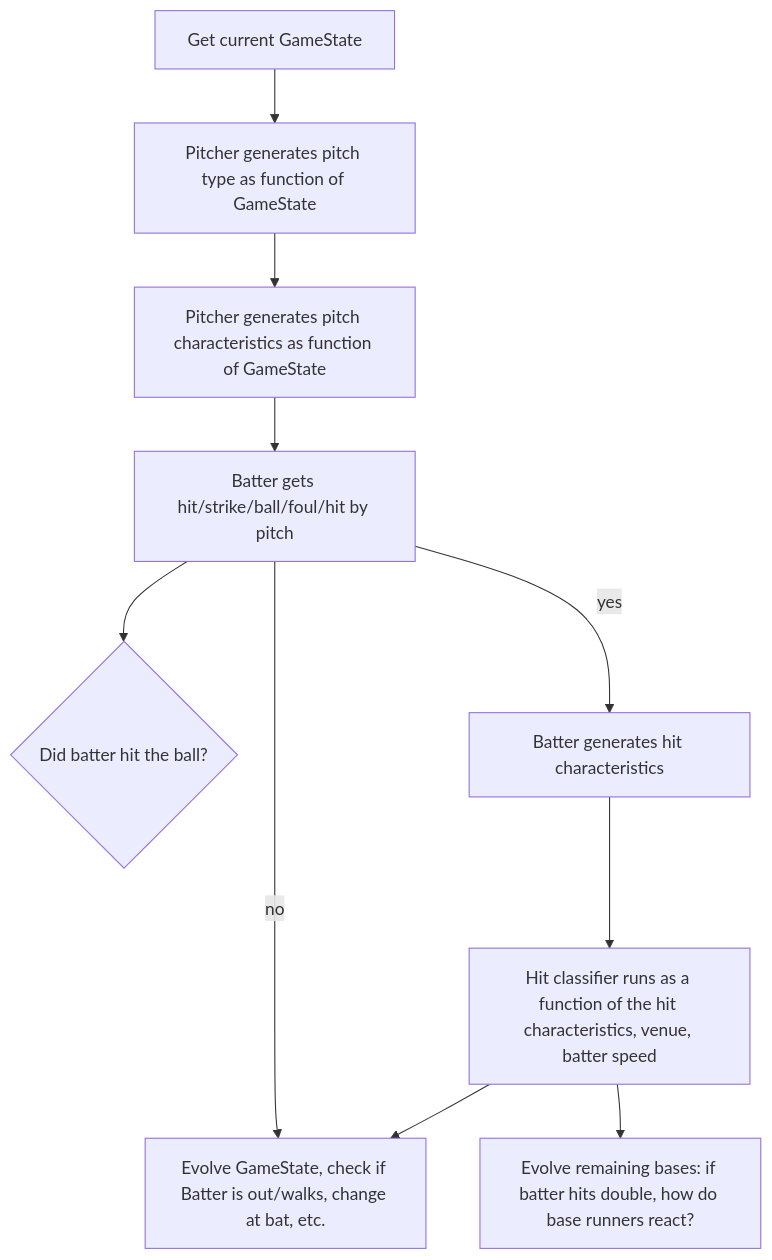
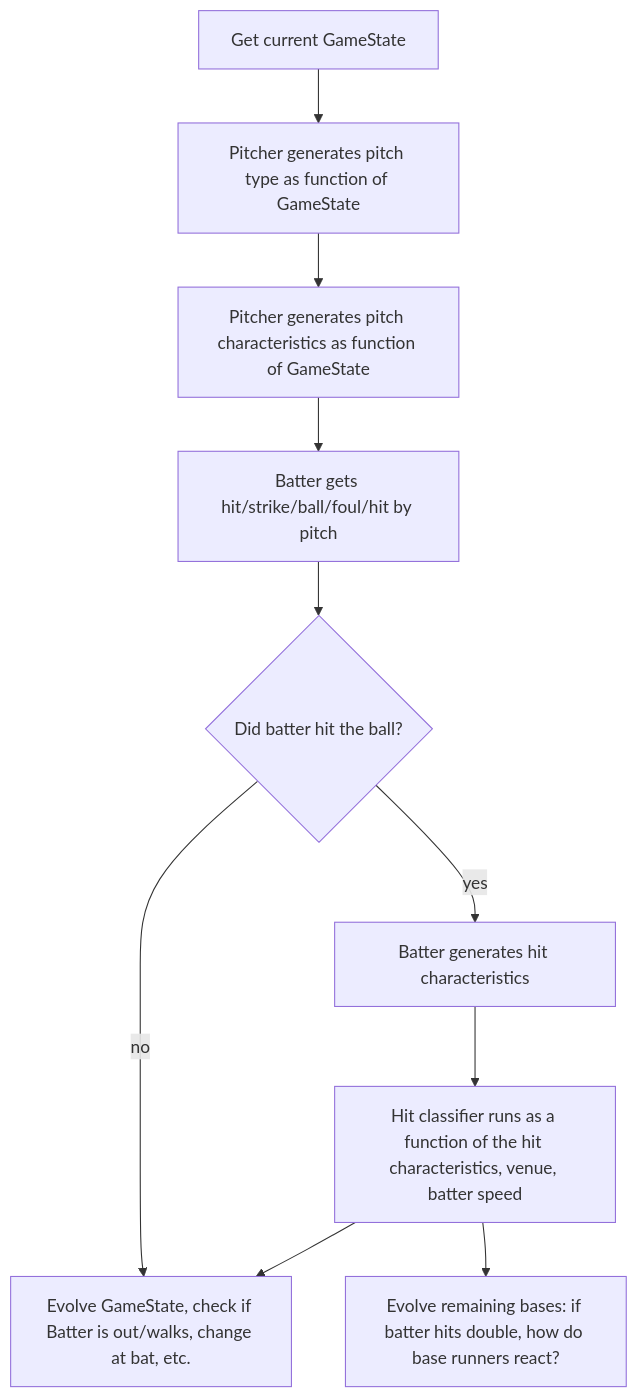
One commit to reecetec/mlb_simulator changed the diagram in README.md. Above: the diagram before and after it, drawn with Mermaid.

Commit message:
simulation flowchart

````diff
--- a/README.md
+++ b/README.md
@@ -37,12 +37,12 @@
 ```mermaid
 flowchart TD
     A[Get current GameState] --> B[Pitcher generates pitch type as function of GameState];
     B --> C[Pitcher generates pitch characteristics as function of GameState];
     C --> D[Batter gets hit/strike/ball/foul/hit by pitch];
     D --> E{Did batter hit the ball?};
-    D -- yes --> F[Batter generates hit characteristics];
-    D -- no --> G[Evolve GameState, check if Batter is out/walks, change at bat, etc.];
+    E -- yes --> F[Batter generates hit characteristics];
+    E -- no --> G[Evolve GameState, check if Batter is out/walks, change at bat, etc.];
     F --> H[Hit classifier runs as a function of the hit characteristics, venue, batter speed];
     H --> G
     H --> I[Evolve remaining bases: if batter hits double, how do base runners react?]
 ```
````
